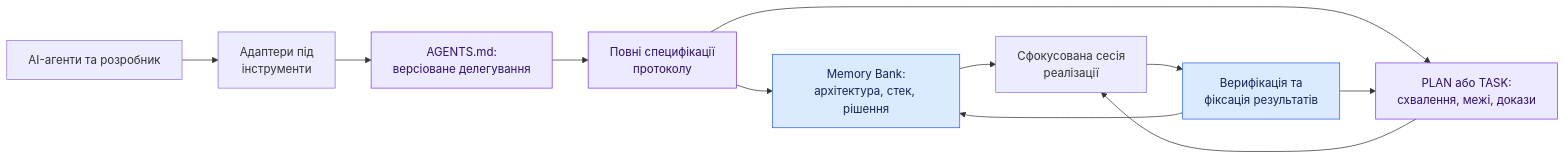
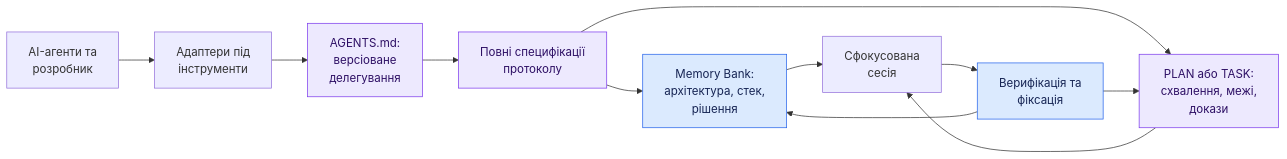
Before and after one commit to AlexDubel/AIMemBankAndCDIP-tmpl: the first of 4 diagrams in README.uk.md, drawn with Mermaid. The commit also changed other lines of this file and 1 other file, not shown here.

Commit message:
Format Mermaid diagram node labels to prevent horizontal text clipping on GitHub

````diff
--- a/README.uk.md
+++ b/README.uk.md
@@ -149,17 +149,17 @@
 ```mermaid
 flowchart LR
-    Agents["AI-агенти та розробник"] --> Adapters["Адаптери під<br/>інструменти"]
-    Adapters --> Entry["AGENTS.md:<br/>версіоване делегування"]
+    Agents["AI-агенти та<br/>розробник"] --> Adapters["Адаптери під<br/>інструменти"]
+    Adapters --> Entry["AGENTS.md:<br/>версіоване<br/>делегування"]
     Entry --> Specs["Повні специфікації<br/>протоколу"]
-    Specs --> Context["Memory Bank:<br/>архітектура, стек, рішення"]
-    Specs --> Work["PLAN або TASK:<br/>схвалення, межі, докази"]
-    Context --> Session["Сфокусована сесія<br/>реалізації"]
+    Specs --> Context["Memory Bank:<br/>архітектура, стек,<br/>рішення"]
+    Specs --> Work["PLAN або TASK:<br/>схвалення, межі,<br/>докази"]
+    Context --> Session["Сфокусована<br/>сесія"]
     Work --> Session
-    Session --> Update["Верифікація та<br/>фіксація результатів"]
+    Session --> Update["Верифікація та<br/>фіксація"]
     Update --> Context
     Update --> Work
     classDef knowledge fill:#dbeafe,stroke:#2563eb,color:#172554
     classDef control fill:#ede9fe,stroke:#7c3aed,color:#2e1065
     class Context,Update knowledge
     class Entry,Specs,Work control
 ```
````
